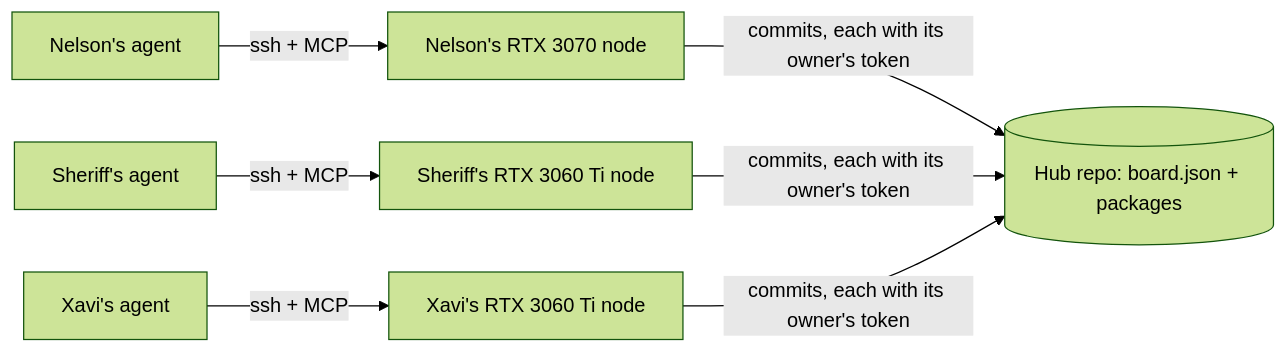
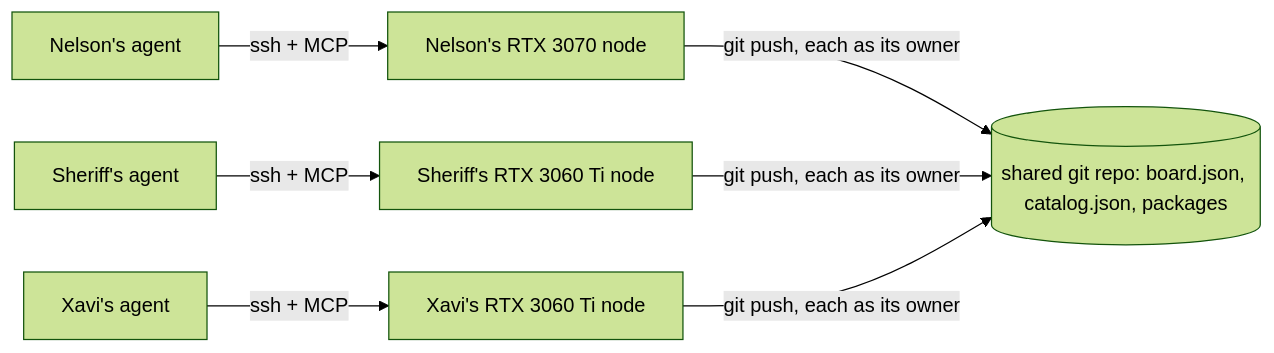
The diagram in docs/SKILL-NODES.md (PentaVM/ArchieOS-Installer), drawn with Mermaid (forest theme) before and after one commit. The commit also changed other lines of this file and 10 other files, not shown here.

First line of the commit message:
feat(skills): the shared board is a git repository, pushed as each node's person; verified packages are written to IRIS's catalog

````diff
--- a/docs/SKILL-NODES.md
+++ b/docs/SKILL-NODES.md
@@ -7,7 +7,7 @@
 ```mermaid
 flowchart LR
   A[Nelson's agent] -- ssh + MCP --> N1[Nelson's RTX 3070 node]
   B[Sheriff's agent] -- ssh + MCP --> N2[Sheriff's RTX 3060 Ti node]
   C[Xavi's agent] -- ssh + MCP --> N3[Xavi's RTX 3060 Ti node]
-  N1 & N2 & N3 -- commits, each with its owner's token --> H[(Hub repo: board.json + packages)]
+  N1 & N2 & N3 -- git push, each as its owner --> H[(shared git repo: board.json, catalog.json, packages)]
 ```
````
